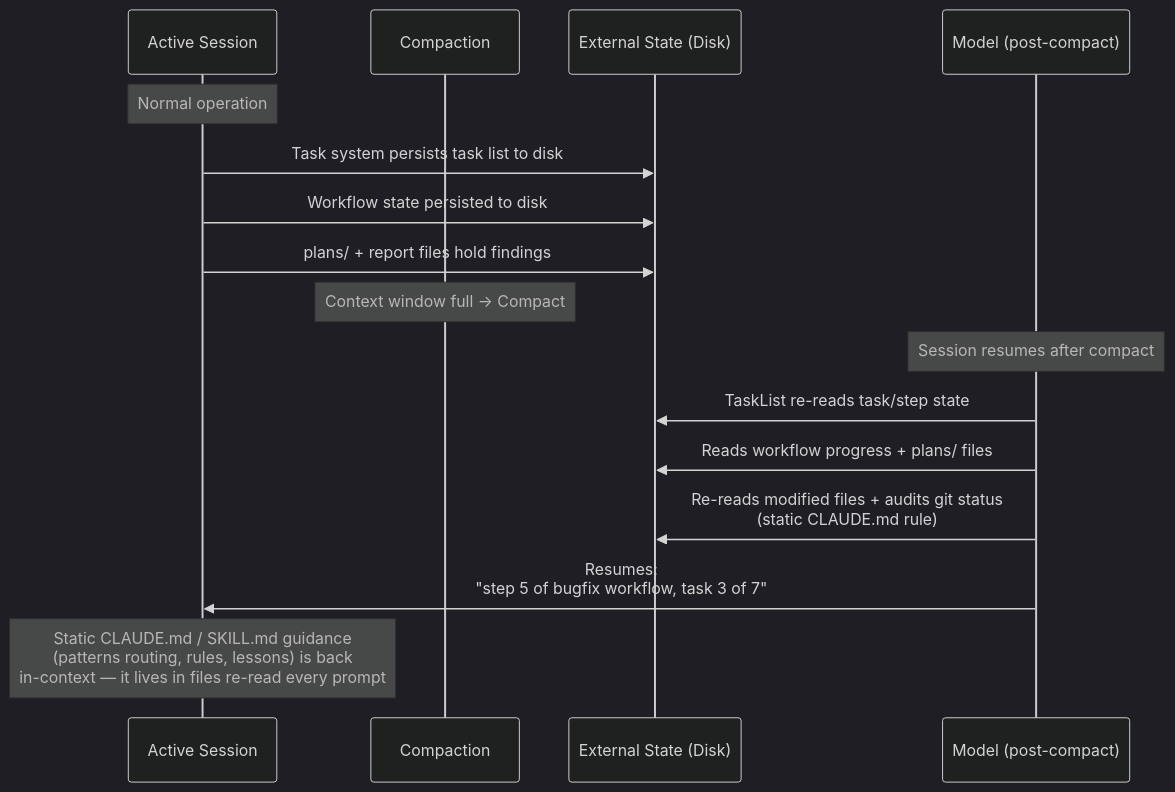
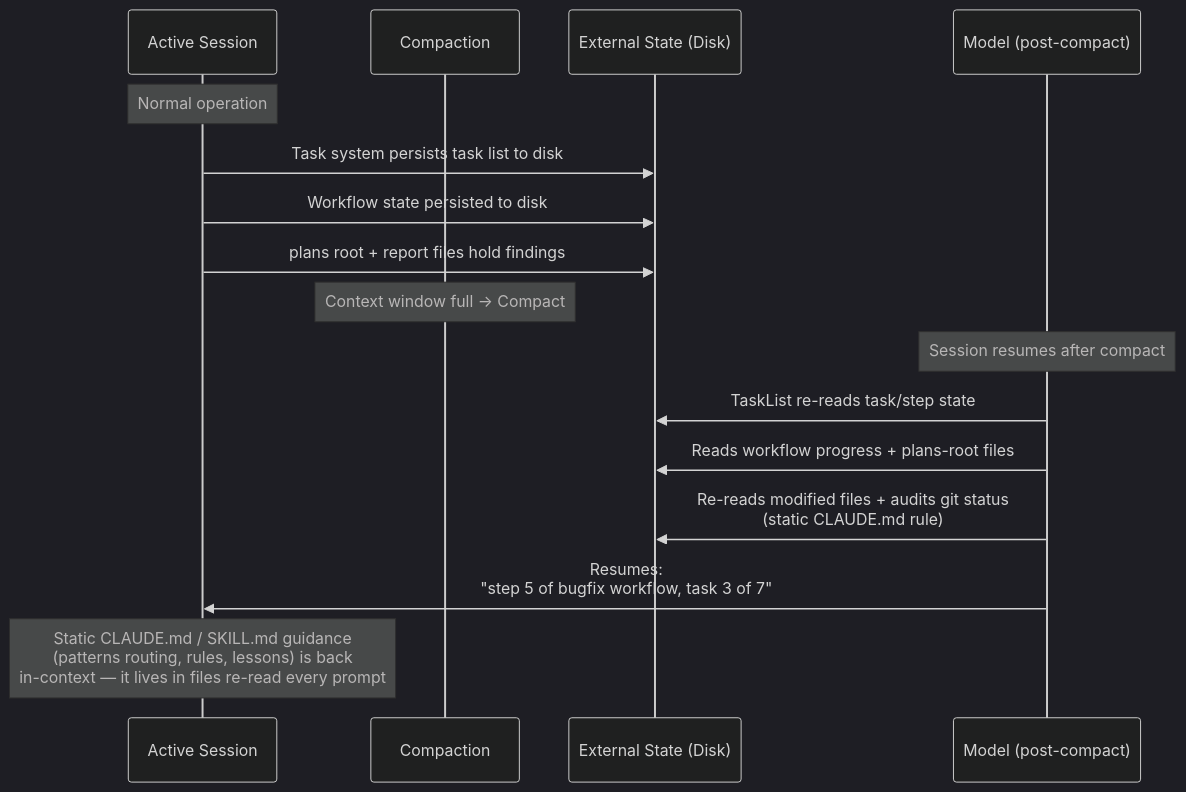
Before and after one commit to duc01226/easy-claude: diagram 19 of 20 in .claude/docs/claude-ai-agent-framework-guide.md, drawn with Mermaid (dark theme). The commit also changed other lines of this file and 516 other files, not shown here.

````diff
--- a/.claude/docs/claude-ai-agent-framework-guide.md
+++ b/.claude/docs/claude-ai-agent-framework-guide.md
@@ -3372,24 +3389,24 @@
 ```mermaid
 sequenceDiagram
     participant Session as Active Session
     participant Compact as Compaction
     participant Disk as External State (Disk)
     participant Model as Model (post-compact)
 
     Note over Session: Normal operation
 
     Session->>Disk: Task system persists task list to disk
     Session->>Disk: Workflow state persisted to disk
-    Session->>Disk: plans/ + report files hold findings
+    Session->>Disk: plans root + report files hold findings
 
     Note over Compact: Context window full → Compact
 
     Note over Model: Session resumes after compact
 
     Model->>Disk: TaskList re-reads task/step state
-    Model->>Disk: Reads workflow progress + plans/ files
+    Model->>Disk: Reads workflow progress + plans-root files
     Model->>Disk: Re-reads modified files + audits git status<br/>(static CLAUDE.md rule)
     Model->>Session: Resumes:<br/>"step 5 of bugfix workflow, task 3 of 7"
 
     Note over Session: Static CLAUDE.md / SKILL.md guidance<br/>(patterns routing, rules, lessons) is back<br/>in-context — it lives in files re-read every prompt
 ```
````
